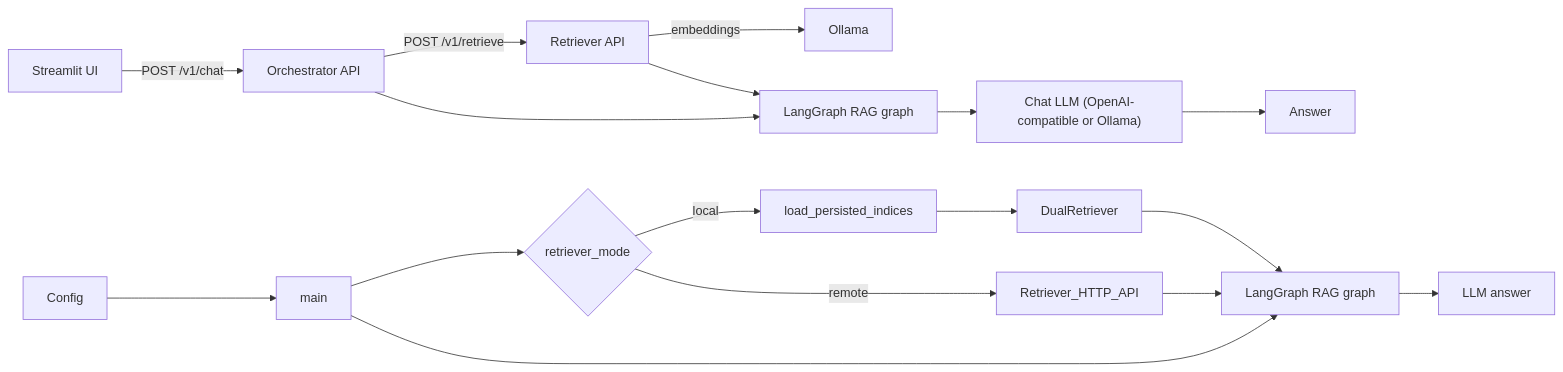
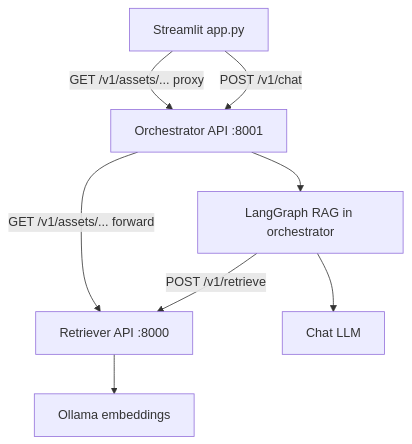
The first of 2 diagrams in docs/ARCHITECTURE.md (druv022/ETB-Project), drawn with Mermaid before and after one commit. The commit also changed other lines of this file and 12 other files, not shown here.

````diff
--- a/docs/ARCHITECTURE.md
+++ b/docs/ARCHITECTURE.md
@@ -96,20 +84,17 @@
 ```mermaid
-flowchart LR
-  UI[Streamlit UI] -->|POST /v1/chat| Orch[Orchestrator API]
-  Orch -->|POST /v1/retrieve| Ret[Retriever API]
-  Ret -->|embeddings| Ollama[Ollama]
+flowchart TB
+  UI[Streamlit app.py]
+  Orch[Orchestrator API :8001]
+  Ret[Retriever API :8000]
+  Ollama[Ollama embeddings]
+  RAG[LangGraph RAG in orchestrator]
+  LLM[Chat LLM]
 
-  Orch --> RAG["LangGraph RAG graph"]
-  Ret --> RAG
-  RAG --> LLM["Chat LLM (OpenAI-compatible or Ollama)"]
-  LLM --> Answer["Answer"]
-  Config[Config] --> Main[main]
-  Main --> Mode{retriever_mode}
-  Mode -->|local| LoadIndex[load_persisted_indices]
-  LoadIndex --> Retriever[DualRetriever]
-  Mode -->|remote| RetrieverAPI[Retriever_HTTP_API]
-  Main --> LangGraphRAG["LangGraph RAG graph"]
-  Retriever --> LangGraphRAG
-  RetrieverAPI --> LangGraphRAG
-  LangGraphRAG --> LLMAnswer["LLM answer"]
+  UI -->|POST /v1/chat| Orch
+  UI -->|GET /v1/assets/... proxy| Orch
+  Orch --> RAG
+  RAG -->|POST /v1/retrieve| Ret
+  RAG --> LLM
+  Ret --> Ollama
+  Orch -->|GET /v1/assets/... forward| Ret
 ```
````
